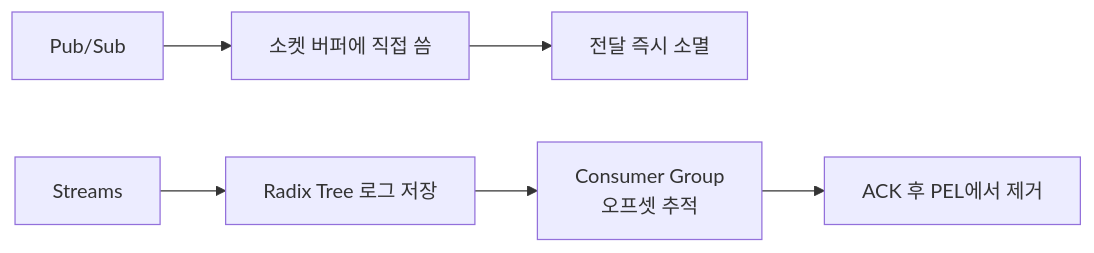
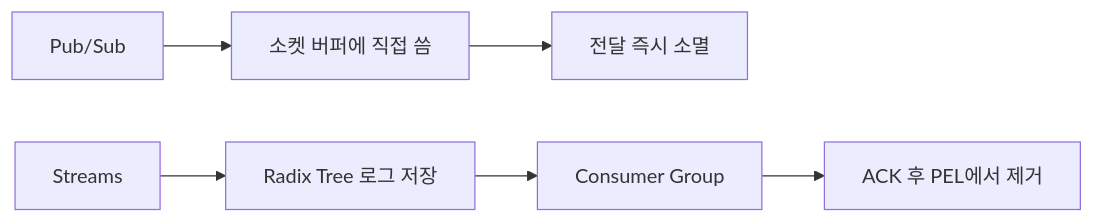
The fourth of 5 diagrams in _posts/redis/2026-05-01-redis-pubsub.md (yjkim2015/yjkim2015.github.io), drawn with Mermaid before and after one commit. The commit also changed other lines of this file and 245 other files, not shown here.

First line of the commit message:
Mermaid 다이어그램 전면 수정 + 면접 포인트 접기/펼치기 + DB 데드락 페이지

````diff
--- a/_posts/redis/2026-05-01-redis-pubsub.md
+++ b/_posts/redis/2026-05-01-redis-pubsub.md
@@ -431,8 +431,8 @@
 ```mermaid
 graph LR
   PUB[Pub/Sub] --> BUF[소켓 버퍼에 직접 씀]
   BUF --> GONE[전달 즉시 소멸]
   STR[Streams] --> LOG[Radix Tree 로그 저장]
-  LOG --> CG[Consumer Group\n오프셋 추적]
+  LOG --> CG["Consumer Group"]
   CG --> ACK[ACK 후 PEL에서 제거]
 ```
````
